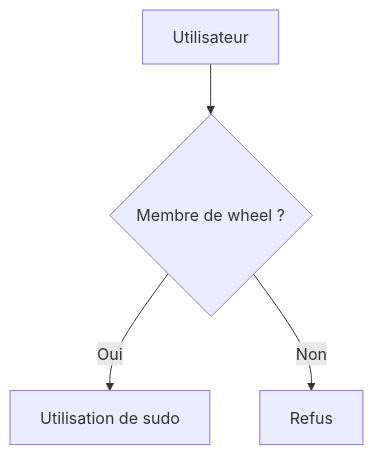
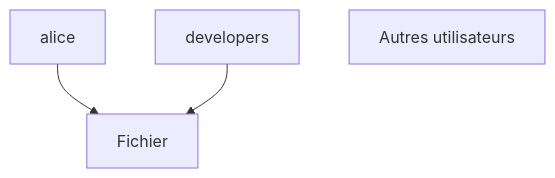
Diagram 13 of 21 in campagne 1/1.7.md (tdelaclos/formations), drawn with Mermaid before and after one commit. The commit also changed other lines of this file, not shown here.

````diff
--- a/campagne 1/1.7.md
+++ b/campagne 1/1.7.md
@@ -444,15 +791,15 @@
 ```mermaid
 flowchart TD
 
-A["Utilisateur"]
+A["alice"]
 
-B{"Membre de wheel ?"}
+B["developers"]
 
-C["Utilisation de sudo"]
+C["Fichier"]
 
-D["Refus"]
+A --> C
 
-A --> B
-B -->|Oui| C
-B -->|Non| D
+B --> C
+
+D["Autres utilisateurs"]
 ```
````
